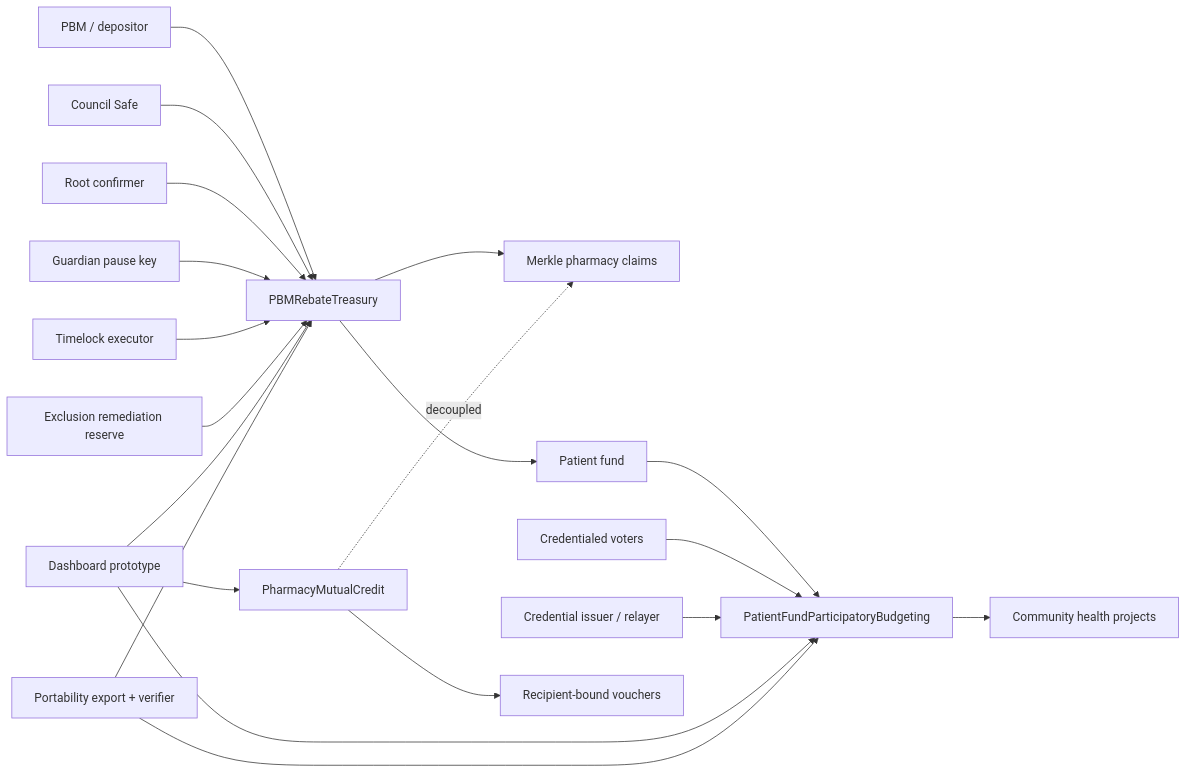
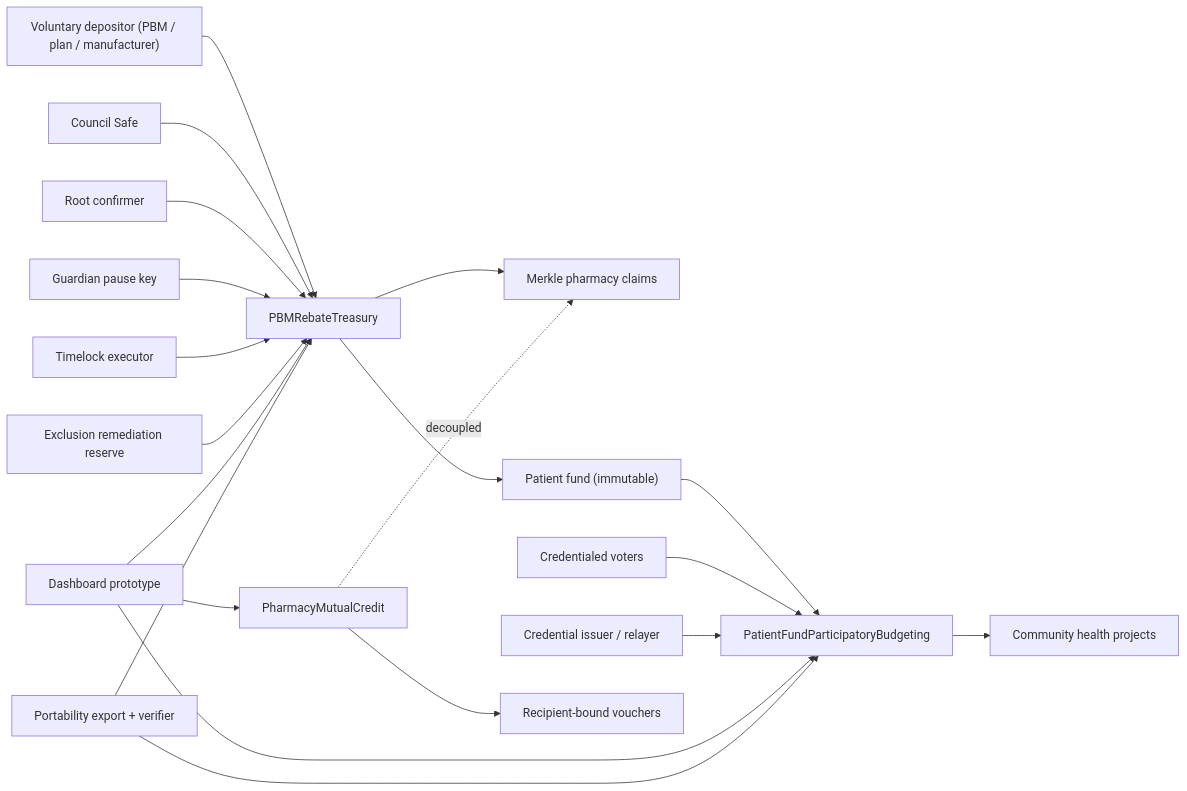
One commit to Simultech369/Pharmacy-Fiduciary-Commons changed the diagram in README.md. Above: the diagram before and after it, drawn with Mermaid. The commit also changed other lines of this file and 17 other files, not shown here.

````diff
--- a/README.md
+++ b/README.md
@@ -163,22 +165,22 @@
 ```mermaid
 flowchart LR
-  Depositor["PBM / depositor"] --> Treasury["PBMRebateTreasury"]
+  Depositor["Voluntary depositor (PBM / plan / manufacturer)"] --> Treasury["PBMRebateTreasury"]
   Council["Council Safe"] --> Treasury
   Confirmer["Root confirmer"] --> Treasury
   Guardian["Guardian pause key"] --> Treasury
   Timelock["Timelock executor"] --> Treasury
   Remediation["Exclusion remediation reserve"] --> Treasury
   Treasury --> Pharmacy["Merkle pharmacy claims"]
-  Treasury --> PatientFund["Patient fund"]
+  Treasury --> PatientFund["Patient fund (immutable)"]
   PatientFund --> PB["PatientFundParticipatoryBudgeting"]
   Voters["Credentialed voters"] --> PB
   PB --> Projects["Community health projects"]
   Issuer["Credential issuer / relayer"] --> PB
   MutualCredit["PharmacyMutualCredit"] -. decoupled .-> Pharmacy
   MutualCredit --> Vouchers["Recipient-bound vouchers"]
   Dashboard["Dashboard prototype"] --> Treasury
   Dashboard --> PB
   Dashboard --> MutualCredit
   Export["Portability export + verifier"] --> Treasury
   Export --> PB
 ```
````
